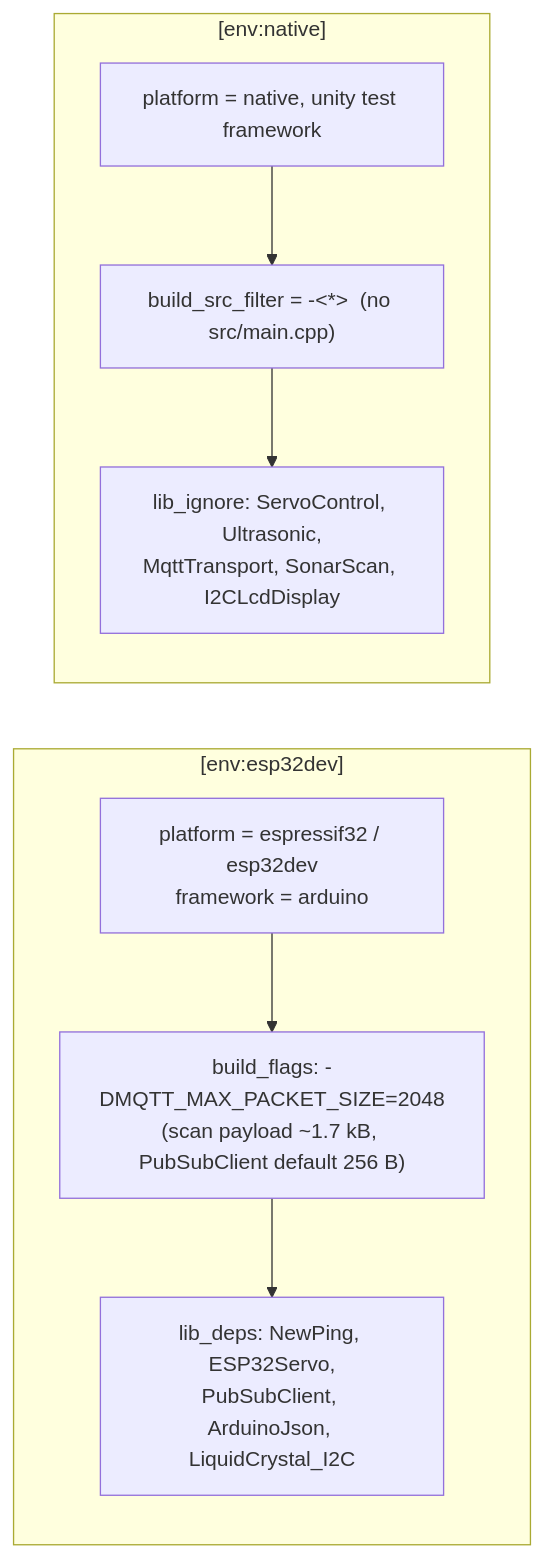
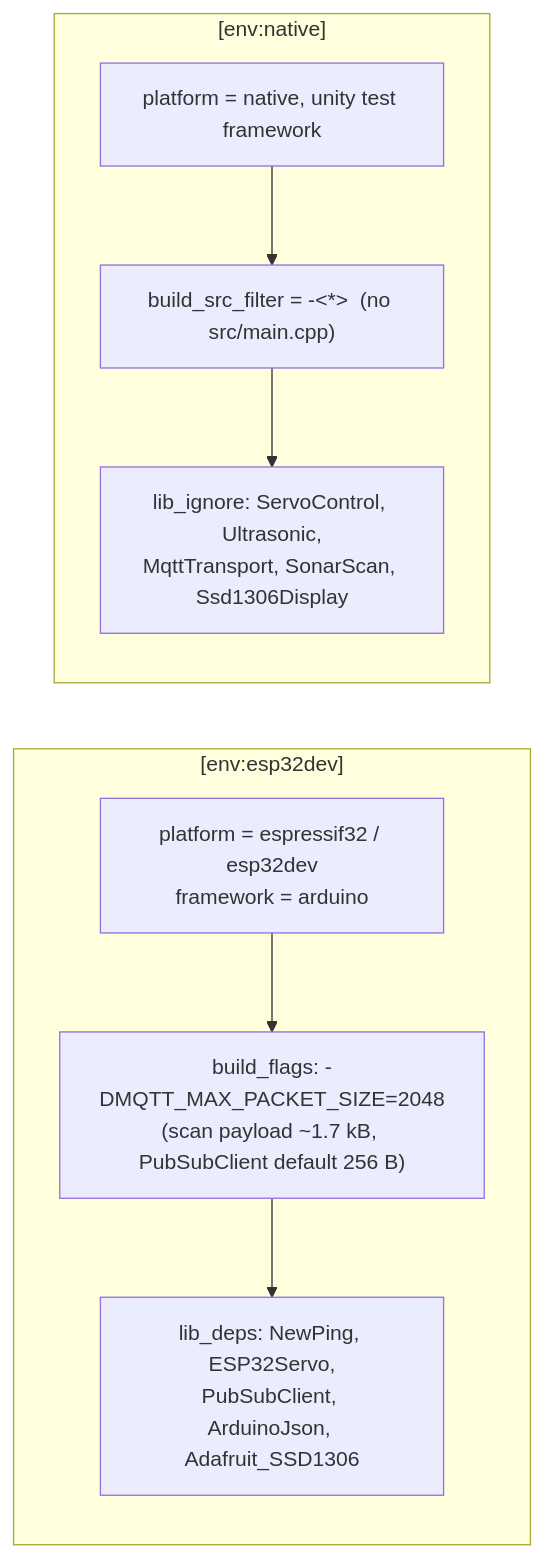
The diagram in docs/developer/build-and-test.md (Elismar13/thushimas-car), drawn with Mermaid before and after one commit. The commit also changed other lines of this file and 17 other files, not shown here.

````diff
--- a/docs/developer/build-and-test.md
+++ b/docs/developer/build-and-test.md
@@ -41,15 +41,15 @@
 ```mermaid
 flowchart LR
     subgraph esp32dev["[env:esp32dev]"]
         A["platform = espressif32 / esp32dev<br/>framework = arduino"]
         B["build_flags: -DMQTT_MAX_PACKET_SIZE=2048<br/>(scan payload ~1.7 kB, PubSubClient default 256 B)"]
-        C["lib_deps: NewPing, ESP32Servo,<br/>PubSubClient, ArduinoJson, LiquidCrystal_I2C"]
+        C["lib_deps: NewPing, ESP32Servo,<br/>PubSubClient, ArduinoJson, Adafruit_SSD1306"]
         A --> B --> C
     end
     subgraph native["[env:native]"]
         D["platform = native, unity test framework"]
         E["build_src_filter = -<*>  (no src/main.cpp)"]
-        F["lib_ignore: ServoControl, Ultrasonic,<br/>MqttTransport, SonarScan, I2CLcdDisplay"]
+        F["lib_ignore: ServoControl, Ultrasonic,<br/>MqttTransport, SonarScan, Ssd1306Display"]
         D --> E --> F
     end
 ```
````
